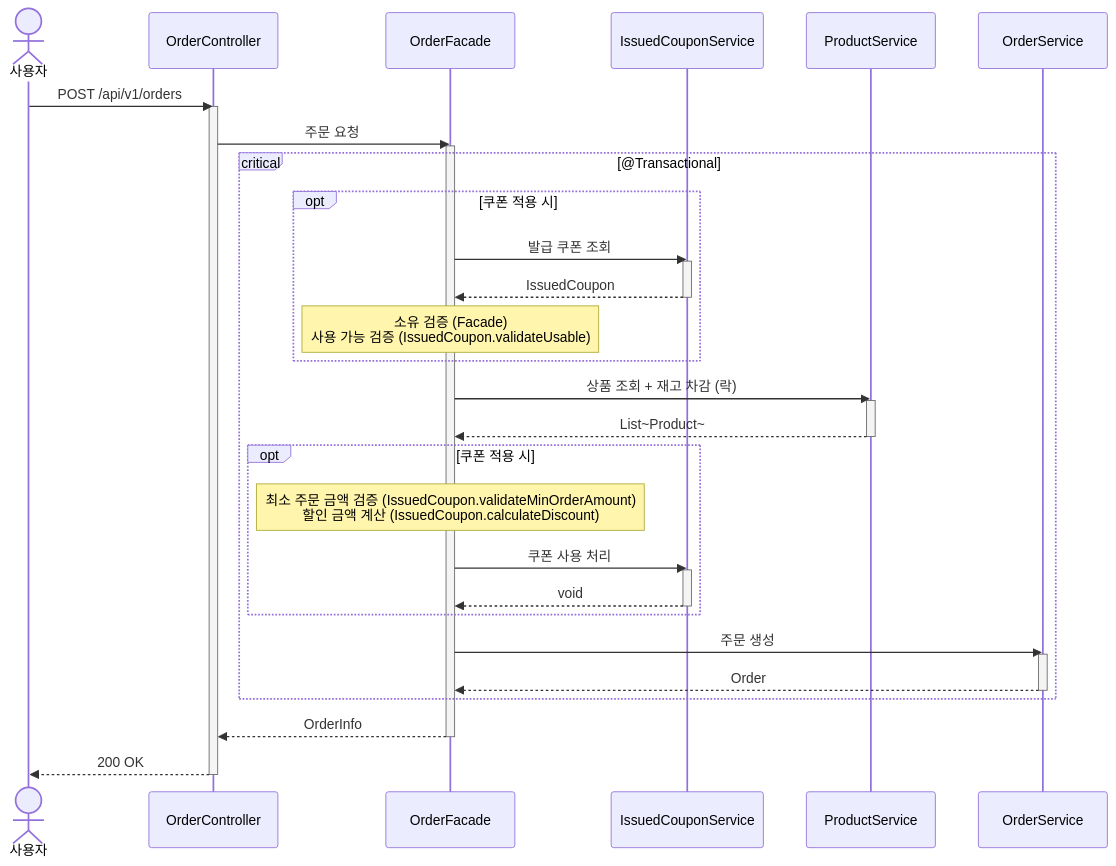
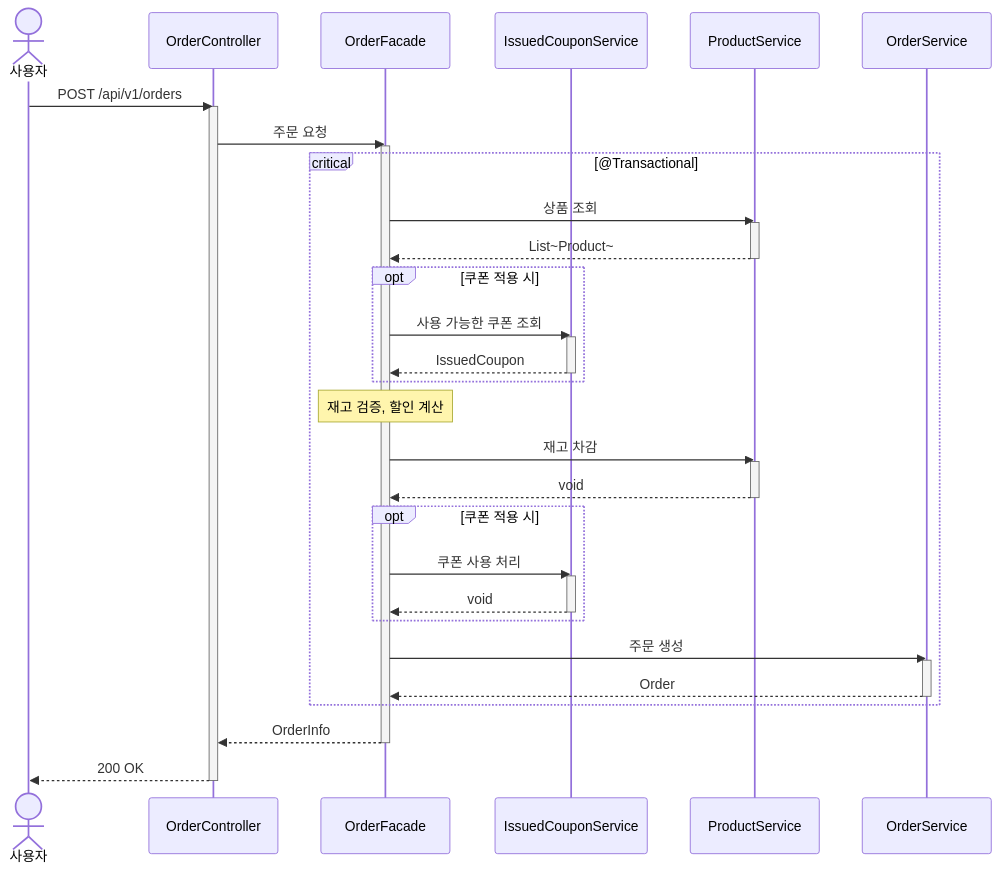
One commit to Loopers-dev-lab/loop-pack-be-l2-vol3-java changed the diagram in docs/design/order/sequences/001-order-create.md. Above: the diagram before and after it, drawn with Mermaid. The commit also changed other lines of this file and 6 other files, not shown here.

````diff
--- a/docs/design/order/sequences/001-order-create.md
+++ b/docs/design/order/sequences/001-order-create.md
@@ -8,48 +8,52 @@
 ```mermaid
 sequenceDiagram
     actor 사용자
     participant OC as OrderController
     participant OF as OrderFacade
     participant ICS as IssuedCouponService
     participant PS as ProductService
     participant OS as OrderService
 
     사용자->>OC: POST /api/v1/orders
     activate OC
     OC->>OF: 주문 요청
     activate OF
 
     critical @Transactional
-        opt 쿠폰 적용 시
-            OF->>ICS: 발급 쿠폰 조회
-            activate ICS
-            ICS-->>OF: IssuedCoupon
-            deactivate ICS
-
-            Note over OF: 소유 검증 (Facade)<br/>사용 가능 검증 (IssuedCoupon.validateUsable)
-        end
-
-        OF->>PS: 상품 조회 + 재고 차감 (락)
+        OF->>PS: 상품 조회
         activate PS
         PS-->>OF: List~Product~
         deactivate PS
 
         opt 쿠폰 적용 시
-            Note over OF: 최소 주문 금액 검증 (IssuedCoupon.validateMinOrderAmount)<br/>할인 금액 계산 (IssuedCoupon.calculateDiscount)
+            OF->>ICS: 사용 가능한 쿠폰 조회
+            activate ICS
+            ICS-->>OF: IssuedCoupon
+            deactivate ICS
+        end
+
+        Note over OF: 재고 검증, 할인 계산
+
+        OF->>PS: 재고 차감
+        activate PS
+        PS-->>OF: void
+        deactivate PS
+
+        opt 쿠폰 적용 시
             OF->>ICS: 쿠폰 사용 처리
             activate ICS
             ICS-->>OF: void
             deactivate ICS
         end
 
         OF->>OS: 주문 생성
         activate OS
         OS-->>OF: Order
         deactivate OS
     end
 
     OF-->>OC: OrderInfo
     deactivate OF
     OC-->>사용자: 200 OK
     deactivate OC
 ```
````
